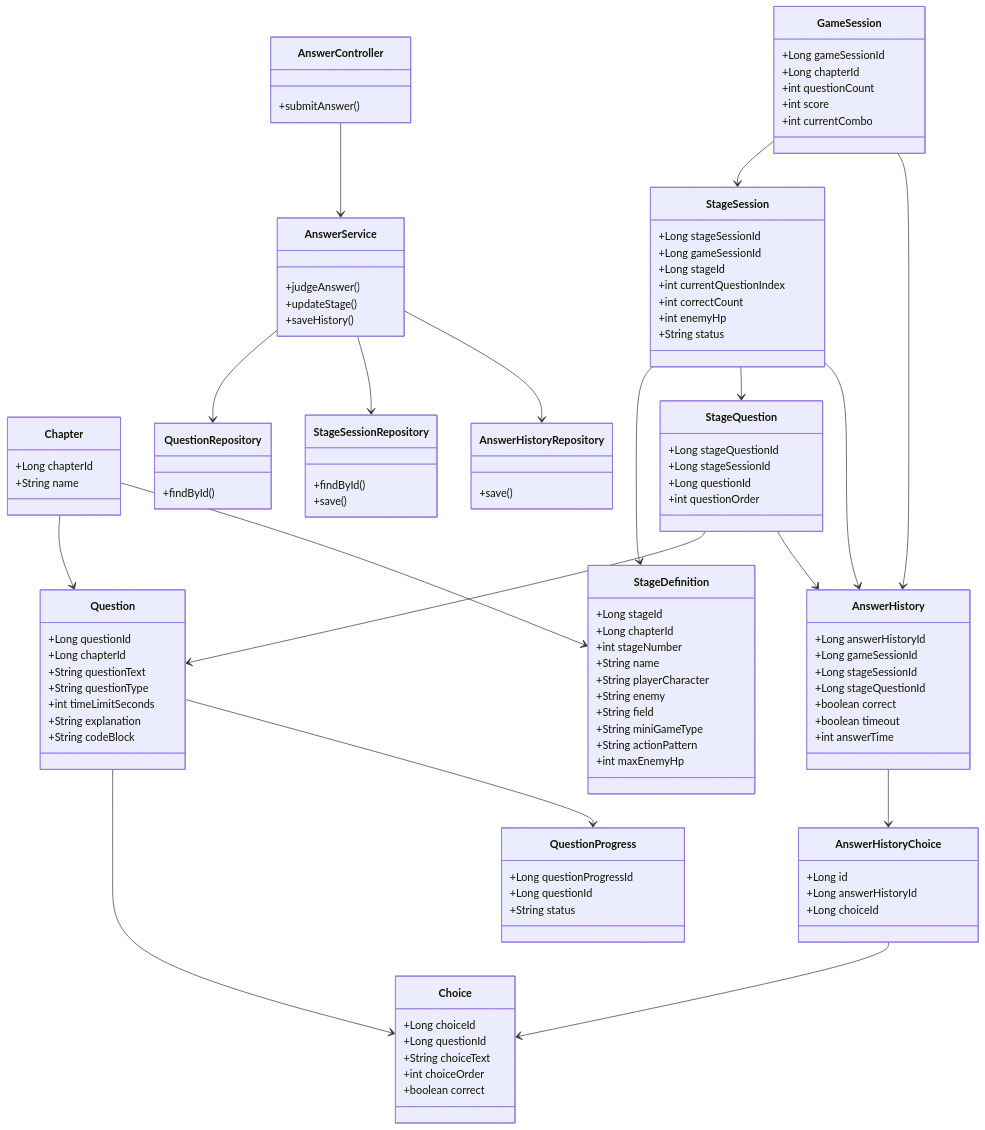
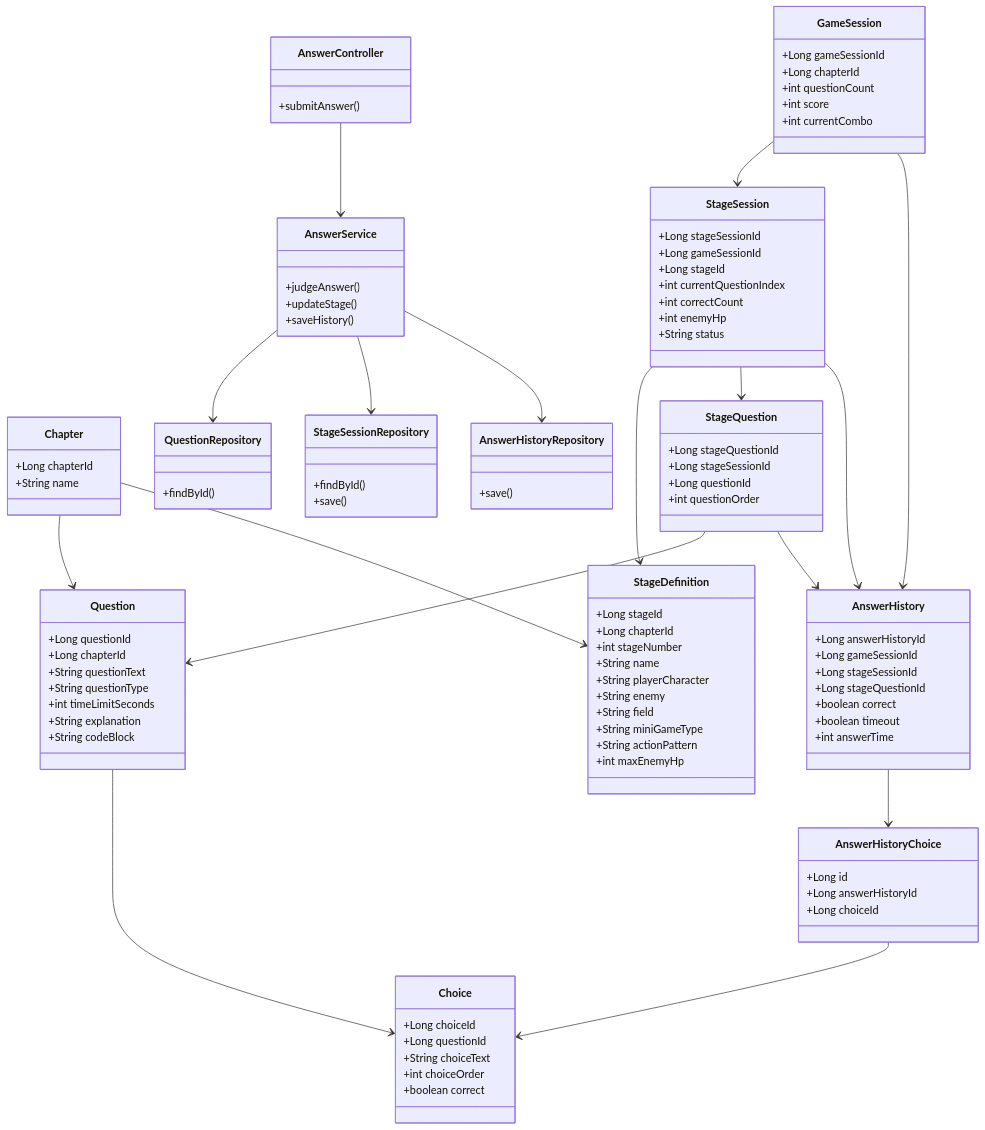
One commit to suu-dev-0203/graduation_JAVAgame changed diagram 21 of 27 in README.md. Above: the diagram before and after it, drawn with Mermaid. The commit also changed other lines of this file, not shown here.

```diff
--- a/README.md
+++ b/README.md
@@ -772,11 +830,6 @@
         +Long answerHistoryId
         +Long choiceId
     }
-    class QuestionProgress {
-        +Long questionProgressId
-        +Long questionId
-        +String status
-    }
     class AnswerController {
         +submitAnswer()
     }
@@ -785,14 +838,14 @@
         +updateStage()
         +saveHistory()
     }
-    class AnswerHistoryRepository {
-        +save()
-    }
     class QuestionRepository {
         +findById()
     }
     class StageSessionRepository {
         +findById()
+        +save()
+    }
+    class AnswerHistoryRepository {
         +save()
     }
 
@@ -808,7 +861,6 @@
     StageQuestion --> AnswerHistory
     AnswerHistory --> AnswerHistoryChoice
     AnswerHistoryChoice --> Choice
-    Question --> QuestionProgress
     AnswerController --> AnswerService
     AnswerService --> QuestionRepository
     AnswerService --> StageSessionRepository
```
